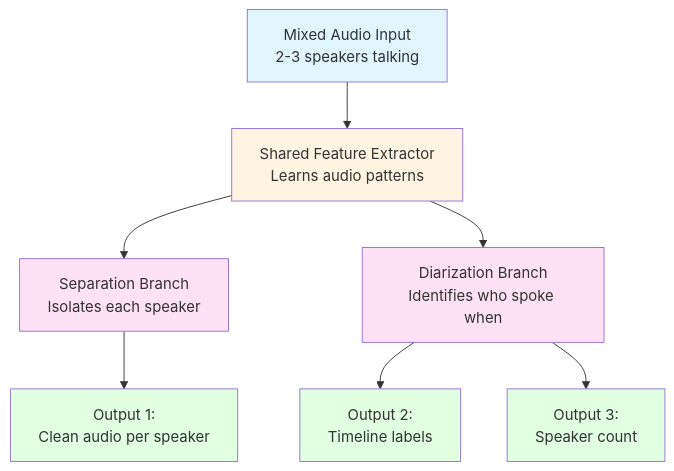
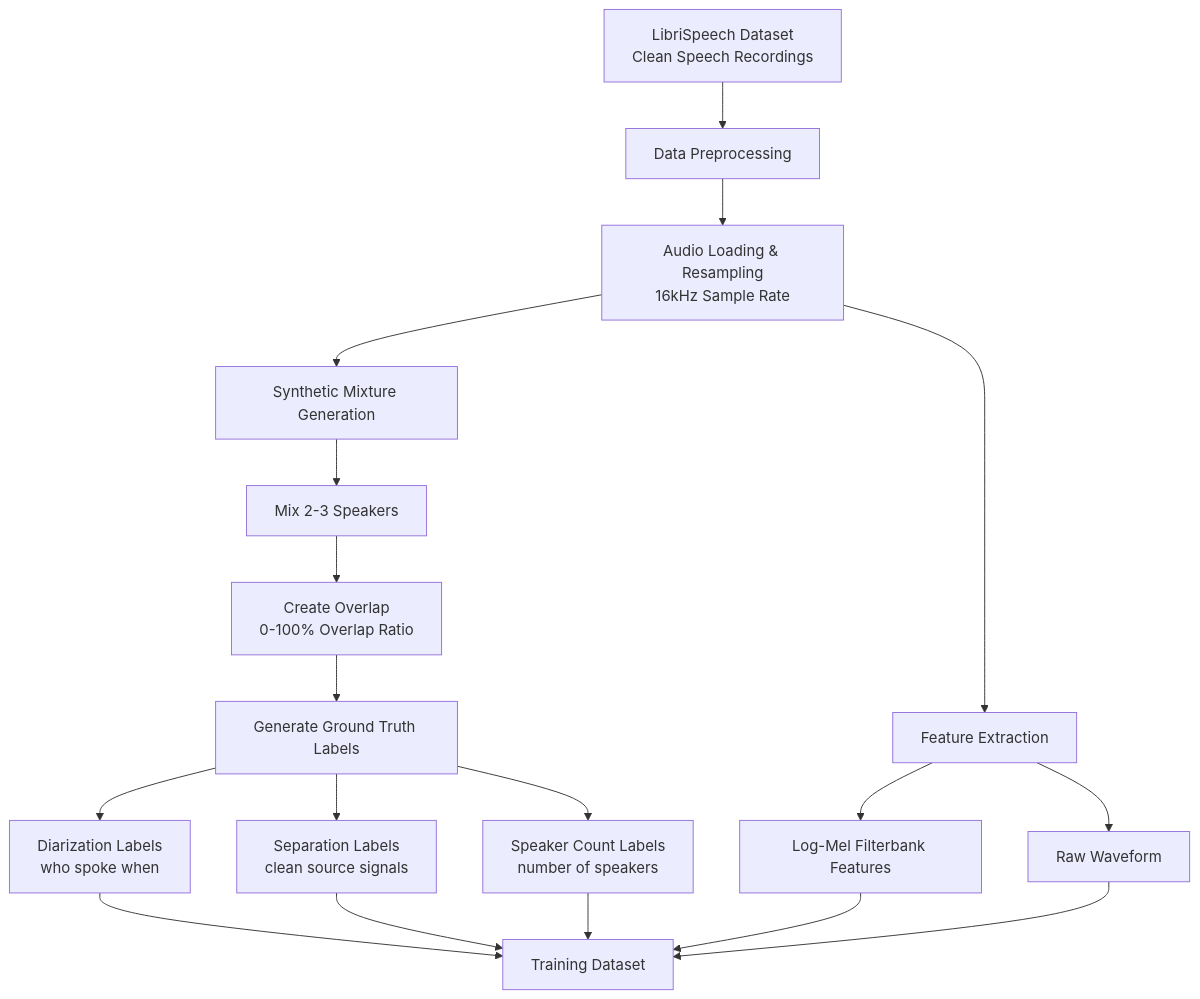
One commit to azurvane/voice_isolation changed the first of 6 diagrams in workflow.md. Above: the diagram before and after it, drawn with Mermaid. The commit also changed other lines of this file, not shown here.

````diff
--- a/workflow.md
+++ b/workflow.md
@@ -56,19 +10,22 @@
 ```mermaid
-graph TB
-    A[Mixed Audio Input<br/>2-3 speakers talking] --> B[Shared Feature Extractor<br/>Learns audio patterns]
+graph TD
+    A[LibriSpeech Dataset<br/>Clean Speech Recordings] --> B[Data Preprocessing]
+    B --> C[Audio Loading & Resampling<br/>16kHz Sample Rate]
+    C --> D[Feature Extraction]
+    D --> E[Log-Mel Filterbank Features]
+    D --> F[Raw Waveform]
     
-    B --> C[Separation Branch<br/>Isolates each speaker]
-    B --> D[Diarization Branch<br/>Identifies who spoke when]
+    C --> G[Synthetic Mixture Generation]
+    G --> H[Mix 2-3 Speakers]
+    H --> I[Create Overlap<br/>0-100% Overlap Ratio]
+    I --> J[Generate Ground Truth Labels]
+    J --> K[Diarization Labels<br/>who spoke when]
+    J --> L[Separation Labels<br/>clean source signals]
+    J --> M[Speaker Count Labels<br/>number of speakers]
     
-    C --> E[Output 1:<br/>Clean audio per speaker]
-    D --> F[Output 2:<br/>Timeline labels]
-    D --> G[Output 3:<br/>Speaker count]
-    
-    style A fill:#e1f5ff
-    style B fill:#fff4e1
-    style C fill:#ffe1f5
-    style D fill:#ffe1f5
-    style E fill:#e1ffe1
-    style F fill:#e1ffe1
-    style G fill:#e1ffe1
+    K --> N[Training Dataset]
+    L --> N
+    M --> N
+    E --> N
+    F --> N
 ```
````
